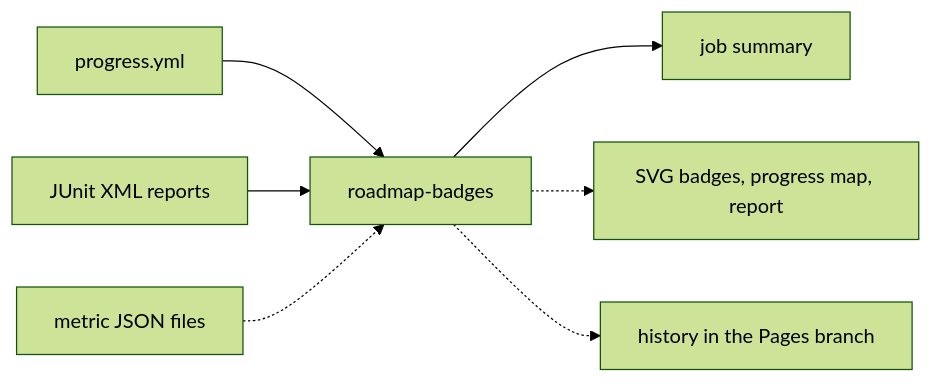
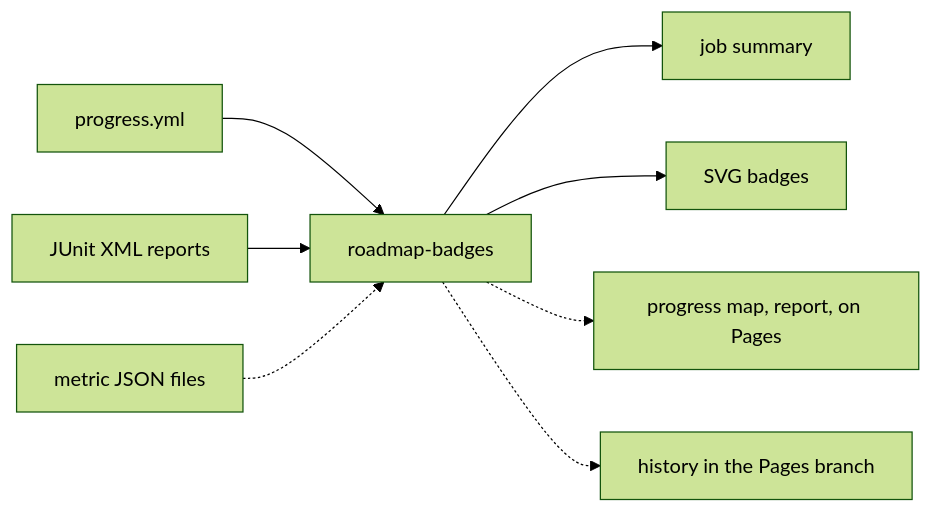
Before and after one commit to zxxdev/roadmap-badges: the diagram in README.md, drawn with Mermaid (forest theme). The commit also changed other lines of this file and 29 other files, not shown here.

First line of the commit message:
feat: draw SVG badges per area with colour thresholds (#12)

````diff
--- a/README.md
+++ b/README.md
@@ -220,9 +264,10 @@
 ```mermaid
 flowchart LR
   A[progress.yml] --> R[roadmap-badges]
   B[JUnit XML reports] --> R
   C[metric JSON files] -.-> R
   R --> S[job summary]
-  R -.-> D[SVG badges, progress map, report]
+  R --> D[SVG badges]
+  R -.-> P[progress map, report, on Pages]
   R -.-> H[history in the Pages branch]
 ```
````
